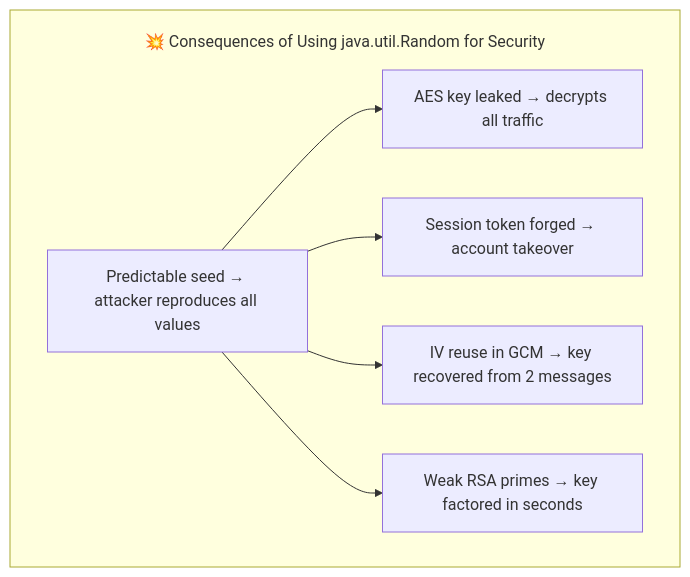
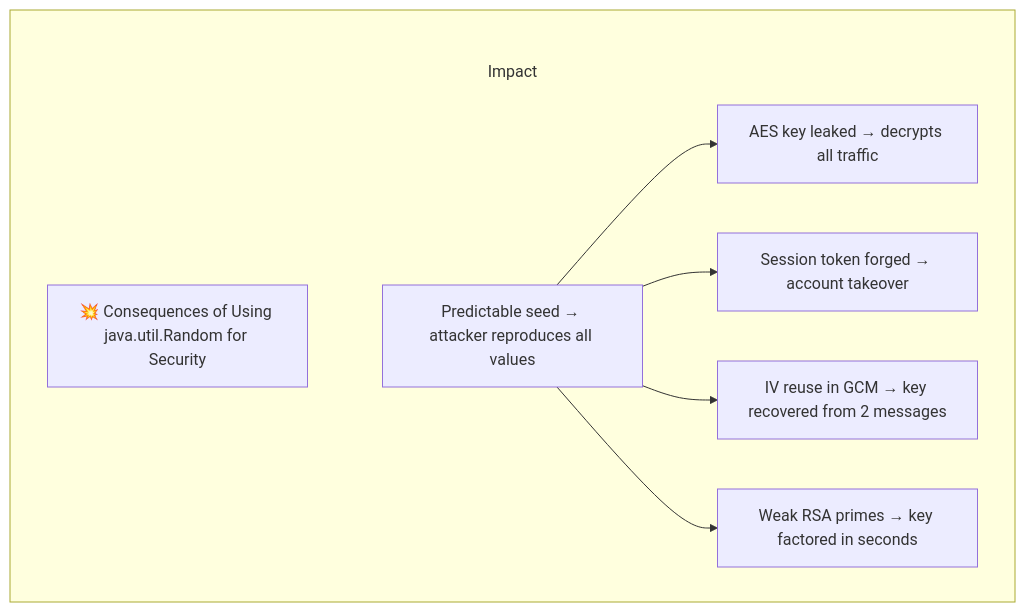
One commit to csoares/SecurityJava changed the fifth of 9 diagrams in src/main/java/security/attacks/README.md. Above: the diagram before and after it, drawn with Mermaid. The commit also changed other lines of this file and 11 other files, not shown here.

Commit message:
Fix Mermaid subgraph title overlap by moving labels into title nodes Replace subgraph label syntax (which overlaps first node) with explicit title nodes inside each subgraph, connected via invisible edges (~~~). Also increase subGraphTitleMargin top padding from 20 to 50 for extra space.

````diff
--- a/src/main/java/security/attacks/README.md
+++ b/src/main/java/security/attacks/README.md
@@ -103,12 +111,14 @@
 ```mermaid
-%%{init: {'flowchart': {'subGraphTitleMargin': {'top': 20, 'bottom': 5}}}}%%
+%%{init: {'flowchart': {'subGraphTitleMargin': {'top': 50, 'bottom': 10}}}}%%
 flowchart TD
-    subgraph Impact ["💥 Consequences of Using java.util.Random for Security"]
+    subgraph Impact
+        T_Impact["💥 Consequences of Using java.util.Random for Security"]
+        T_Impact ~~~ ROOT
         ROOT["Predictable seed → attacker reproduces all values"]
         I1["AES key leaked → decrypts all traffic"]
         I2["Session token forged → account takeover"]
         I3["IV reuse in GCM → key recovered from 2 messages"]
         I4["Weak RSA primes → key factored in seconds"]
         ROOT --> I1 & I2 & I3 & I4
     end
 ```
````
